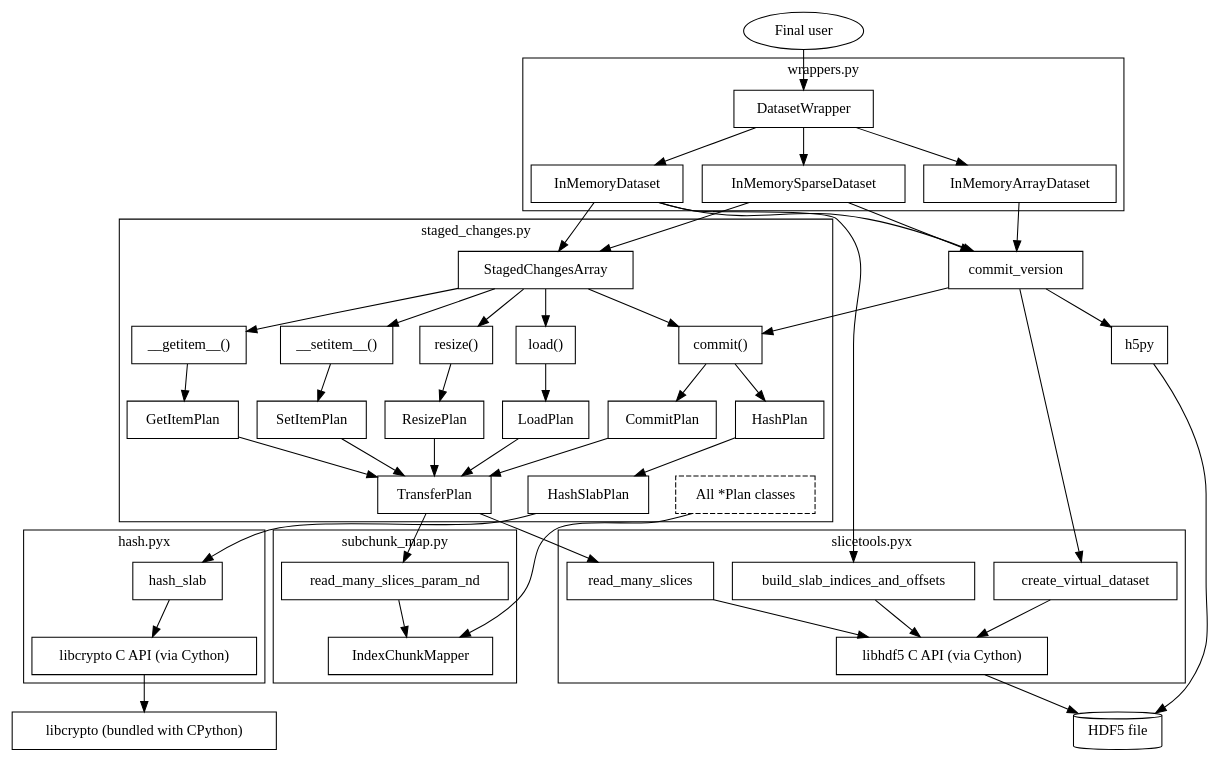
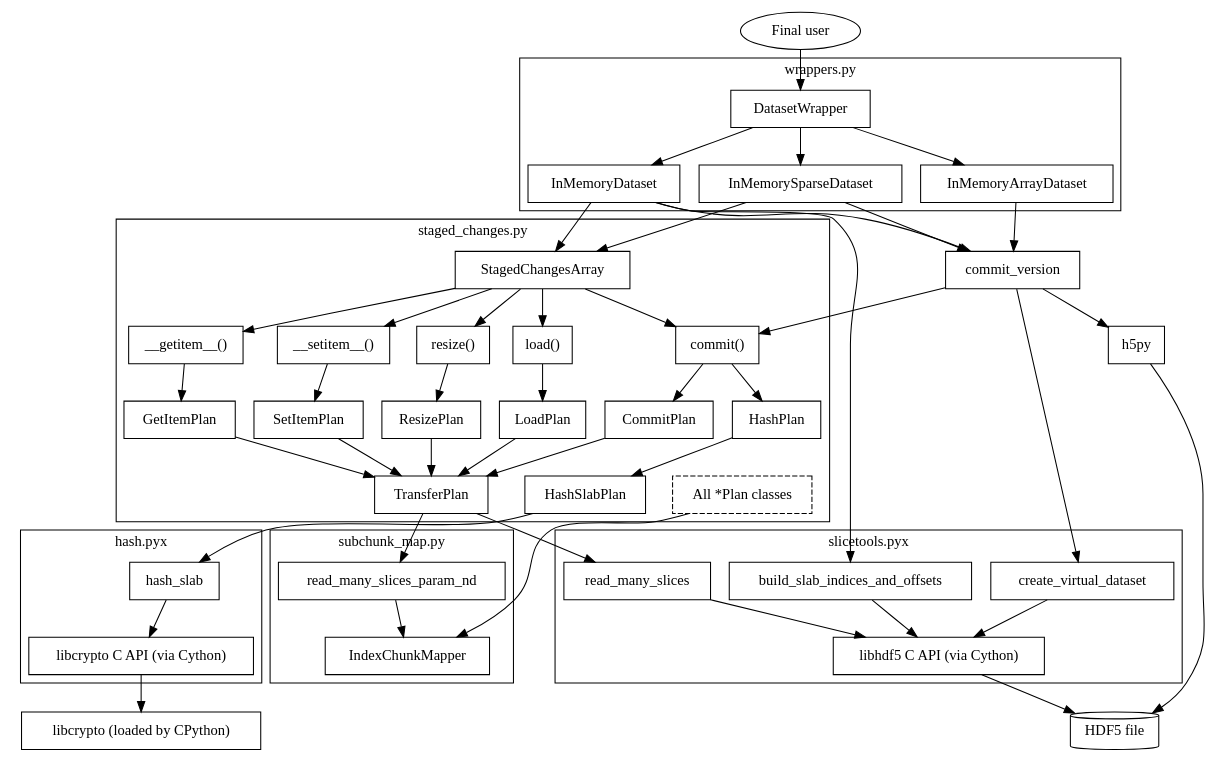
One commit to deshaw/versioned-hdf5 changed the diagram in docs/staged_changes.rst. Above: the diagram before and after it, drawn with Graphviz. The commit also changed 1 other file, not shown here.

Commit message:
AUTOREVIEW nitpick - align libcrypto docs with implementation
AGENTS.md still named GetModuleHandleW even though the resolver uses GetModuleHandleExW to retain a module reference for the process lifetime. The architecture diagram said libcrypto was bundled with CPython, but CPython loads it at runtime through _hashlib. Use the exact API and an accurate description.

```diff
--- a/docs/staged_changes.rst
+++ b/docs/staged_changes.rst
@@ -565,7 +565,7 @@
           libcrypto_api [label="libcrypto C API (via Cython)"]
       }
 
-      libcrypto [label="libcrypto (bundled with CPython)"];
+      libcrypto [label="libcrypto (loaded by CPython)"];
       hash_slab -> libcrypto_api -> libcrypto;
 
       user -> DatasetWrapper;
```
